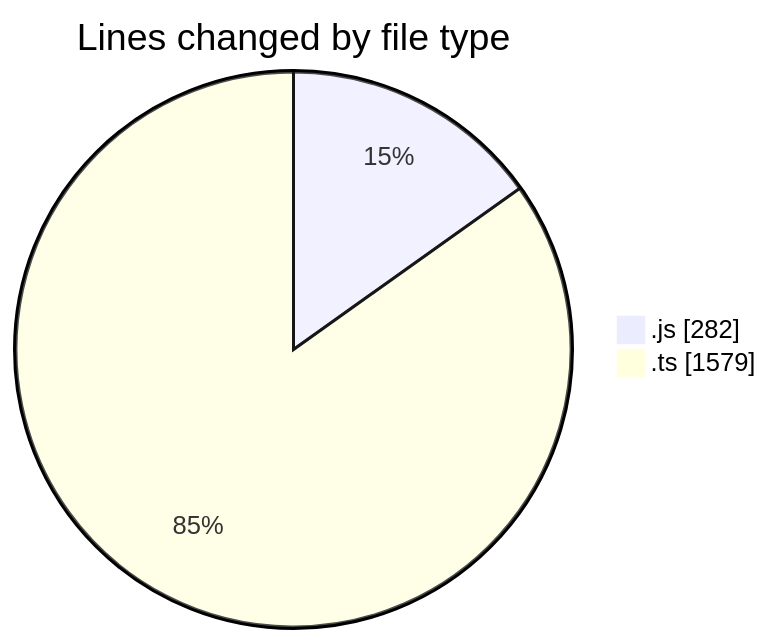
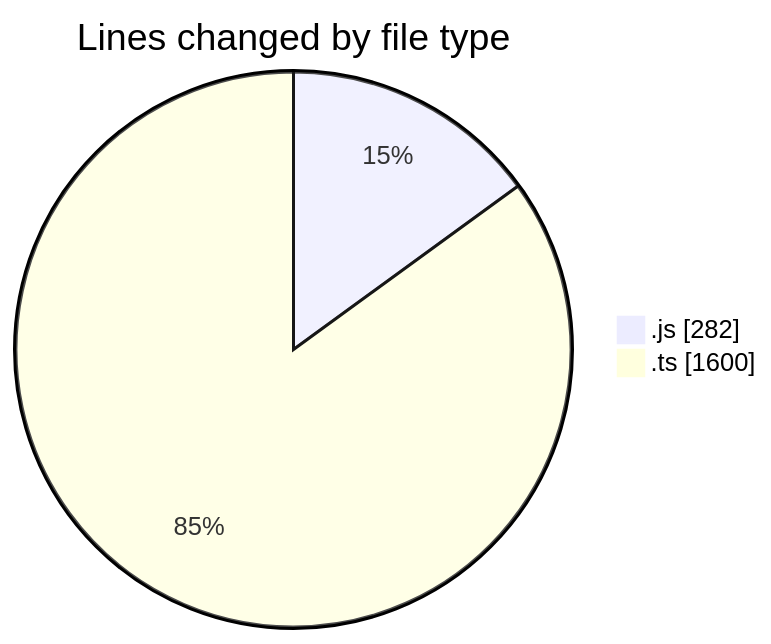
Before and after one commit to momahboobian/code-tracking: the first of 2 diagrams in 2025-05-29/cda/README.md, drawn with Mermaid. The commit also changed other lines of this file and 1 other file, not shown here.

````diff
--- a/2025-05-29/cda/README.md
+++ b/2025-05-29/cda/README.md
@@ -22,6 +22,6 @@
 ```mermaid
 pie showData
 title Lines changed by file type
 ".js" : 282
-".ts" : 1579
+".ts" : 1600
 ```
````
